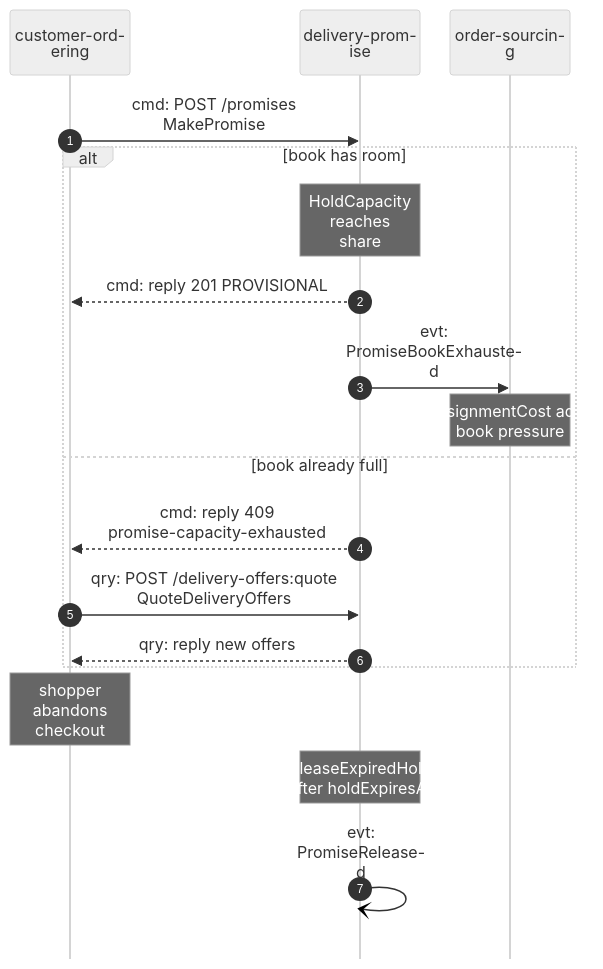
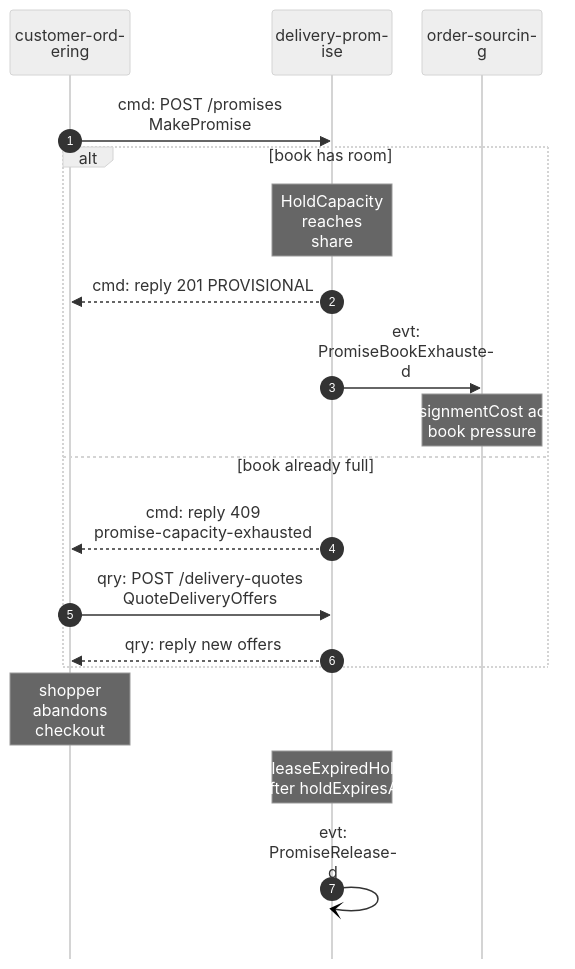
One commit to IQVO/warehouse-docs changed the sixth of 6 diagrams in network/docs/contexts/delivery-promise/domain-message-flow.md. Above: the diagram before and after it, drawn with Mermaid (neutral theme). The commit also changed other lines of this file and 272 other files, not shown here.

````diff
--- a/network/docs/contexts/delivery-promise/domain-message-flow.md
+++ b/network/docs/contexts/delivery-promise/domain-message-flow.md
@@ -171,22 +171,22 @@
 ```mermaid
 %%{init: {"sequence": {"wrap": true, "width": 120, "actorMargin": 24, "messageMargin": 28, "boxMargin": 6, "noteMargin": 6, "mirrorActors": false}}}%%
 sequenceDiagram
     autonumber
     participant CO as customer-ordering
     participant DP as delivery-promise
     participant OS as order-sourcing
     CO->>DP: cmd: POST /promises<br/>MakePromise
     alt book has room
         Note over DP: HoldCapacity reaches share
         DP-->>CO: cmd: reply 201 PROVISIONAL
         DP->>OS: evt: PromiseBookExhausted
         Note over OS: AssignmentCost adds<br/>book pressure
     else book already full
         DP-->>CO: cmd: reply 409<br/>promise-capacity-exhausted
-        CO->>DP: qry: POST /delivery-offers:quote<br/>QuoteDeliveryOffers
+        CO->>DP: qry: POST /delivery-quotes<br/>QuoteDeliveryOffers
         DP-->>CO: qry: reply new offers
     end
     Note over CO: shopper abandons checkout
     Note over DP: ReleaseExpiredHolds<br/>after holdExpiresAt
     DP-)DP: evt: PromiseReleased
 ```
````
